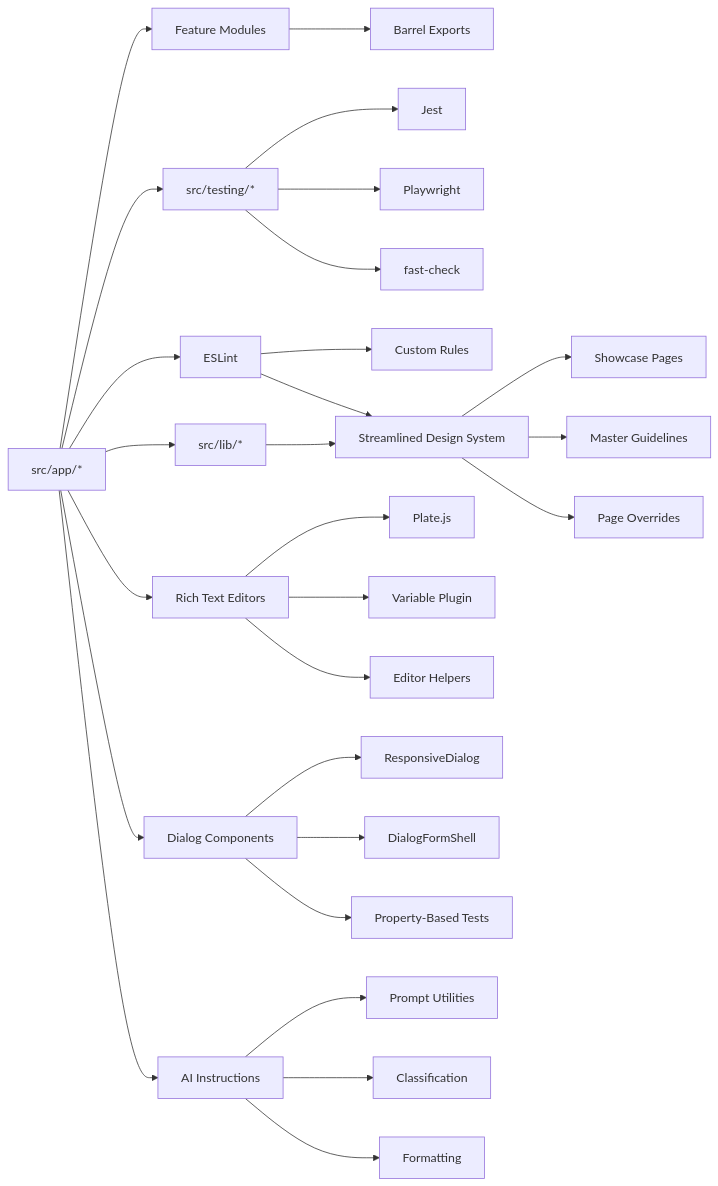
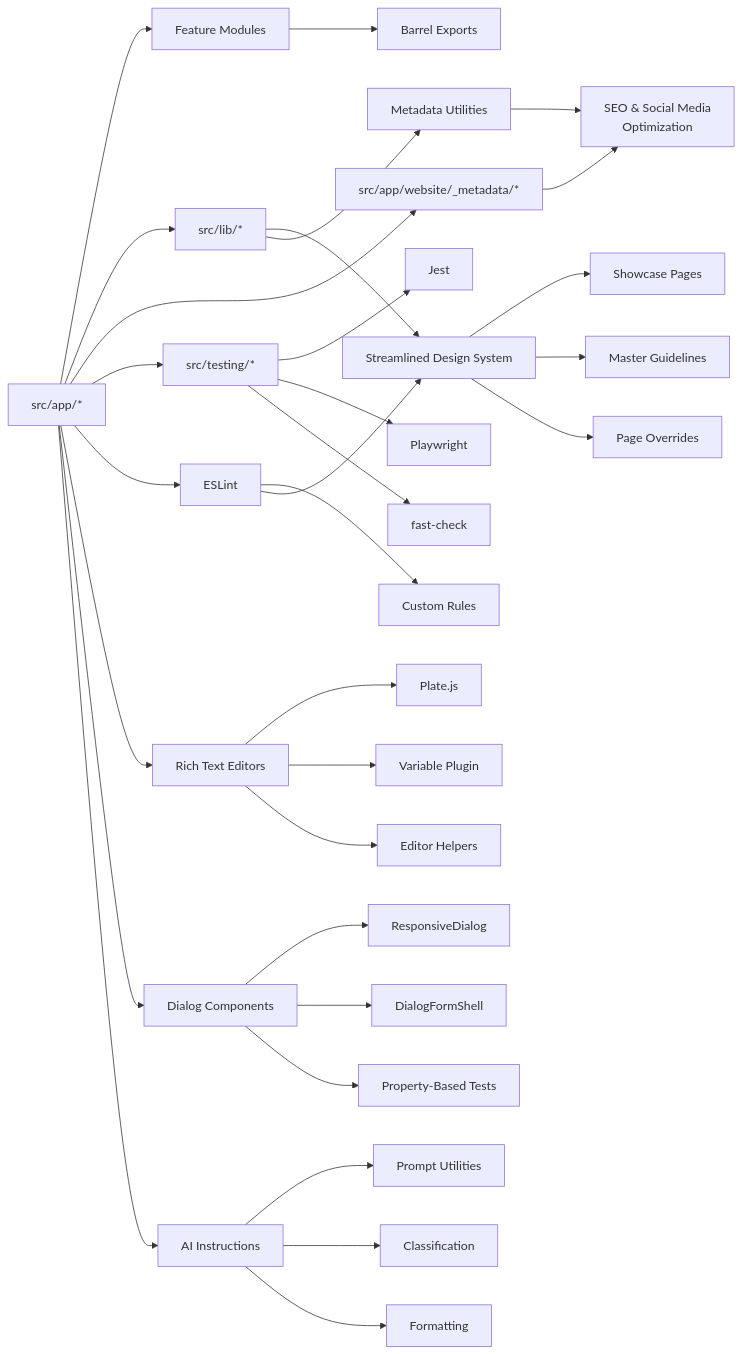
One commit to SinesysTech/zattar-os changed diagram 19 of 19 in .qoder/repowiki/en/content/Development Guide/Development Guide.md. Above: the diagram before and after it, drawn with Mermaid. The commit also changed other lines of this file and 4 other files, not shown here.

````diff
--- a/.qoder/repowiki/en/content/Development Guide/Development Guide.md
+++ b/.qoder/repowiki/en/content/Development Guide/Development Guide.md
@@ -932,29 +1168,33 @@
 ```mermaid
 graph LR
 App["src/app/*"] --> Features["Feature Modules"]
 Features --> Barrel["Barrel Exports"]
 App --> Lib["src/lib/*"]
+App --> Metadata["src/app/website/_metadata/*"]
 App --> Testing["src/testing/*"]
 Testing --> Jest["Jest"]
 Testing --> PW["Playwright"]
 Testing --> FC["fast-check"]
 App --> ESL["ESLint"]
 ESL --> Rules["Custom Rules"]
 ESL --> DS["Streamlined Design System"]
 DS --> Showcase["Showcase Pages"]
 Lib --> DS
+Lib --> MetadataUtils["Metadata Utilities"]
+Metadata --> SEO["SEO & Social Media<br/>Optimization"]
+MetadataUtils --> SEO
 DS --> Master["Master Guidelines"]
 DS --> Pages["Page Overrides"]
 App --> Editors["Rich Text Editors"]
 Editors --> Plate["Plate.js"]
 Editors --> Variables["Variable Plugin"]
 Editors --> Helpers["Editor Helpers"]
 App --> Dialogs["Dialog Components"]
 Dialogs --> Responsive["ResponsiveDialog"]
 Dialogs --> FormShell["DialogFormShell"]
 Dialogs --> PBTests["Property-Based Tests"]
 App --> AI["AI Instructions"]
 AI --> PromptUtils["Prompt Utilities"]
 AI --> Classification["Classification"]
 AI --> Formatting["Formatting"]
 ```
````
